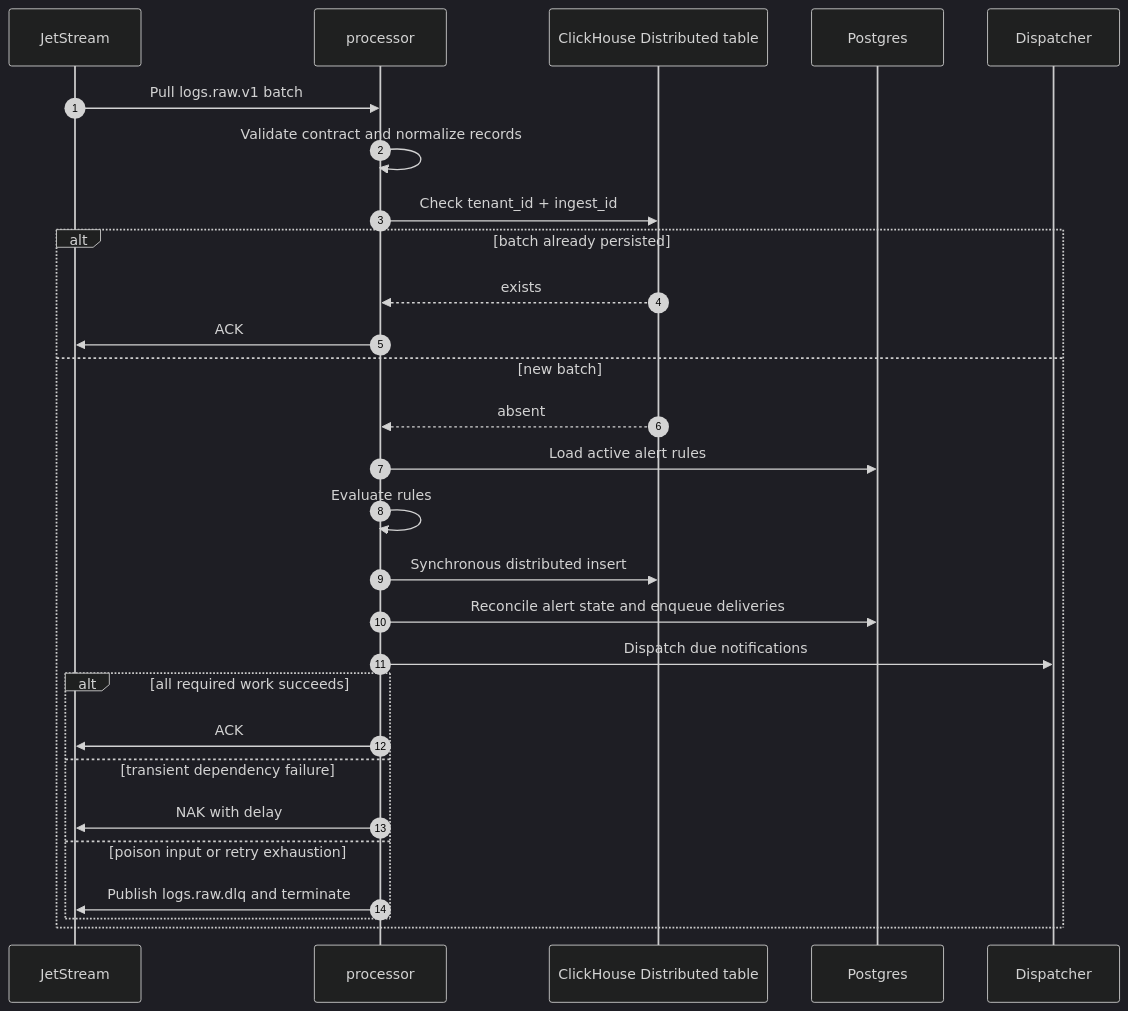
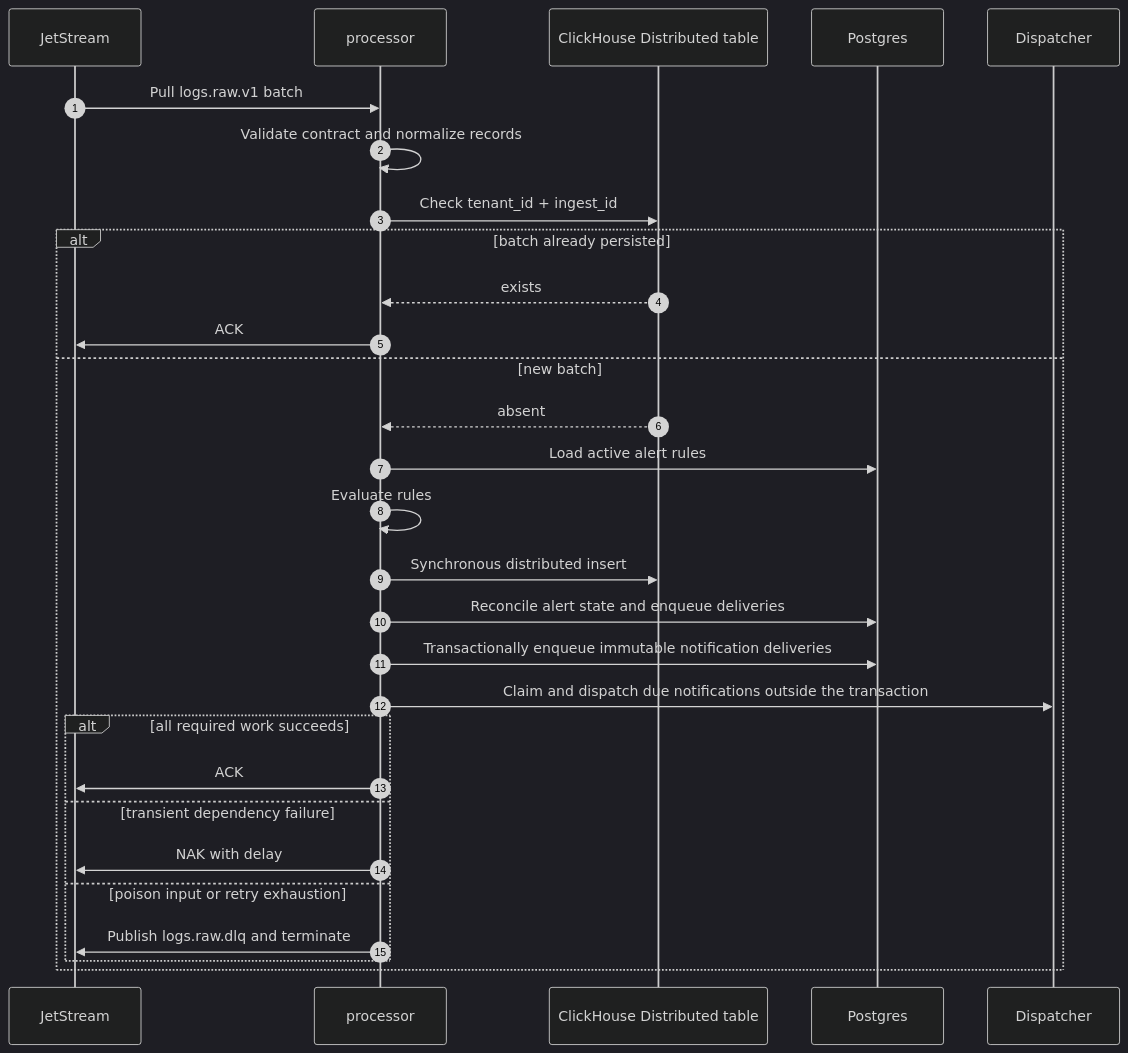
One commit to PratypartyY2K/real-time-log-aggregator changed the fourth of 13 diagrams in docs/architecture.md. Above: the diagram before and after it, drawn with Mermaid (dark theme). The commit also changed other lines of this file and 2 other files, not shown here.

Commit message:
Document notification delivery operations

````diff
--- a/docs/architecture.md
+++ b/docs/architecture.md
@@ -173,31 +173,32 @@
 ```mermaid
 sequenceDiagram
     autonumber
     participant J as JetStream
     participant W as processor
     participant CH as ClickHouse Distributed table
     participant PG as Postgres
     participant D as Dispatcher
 
     J->>W: Pull logs.raw.v1 batch
     W->>W: Validate contract and normalize records
     W->>CH: Check tenant_id + ingest_id
     alt batch already persisted
         CH-->>W: exists
         W->>J: ACK
     else new batch
         CH-->>W: absent
         W->>PG: Load active alert rules
         W->>W: Evaluate rules
         W->>CH: Synchronous distributed insert
         W->>PG: Reconcile alert state and enqueue deliveries
-        W->>D: Dispatch due notifications
+    W->>PG: Transactionally enqueue immutable notification deliveries
+    W->>D: Claim and dispatch due notifications outside the transaction
         alt all required work succeeds
             W->>J: ACK
         else transient dependency failure
             W->>J: NAK with delay
         else poison input or retry exhaustion
             W->>J: Publish logs.raw.dlq and terminate
         end
     end
 ```
````
